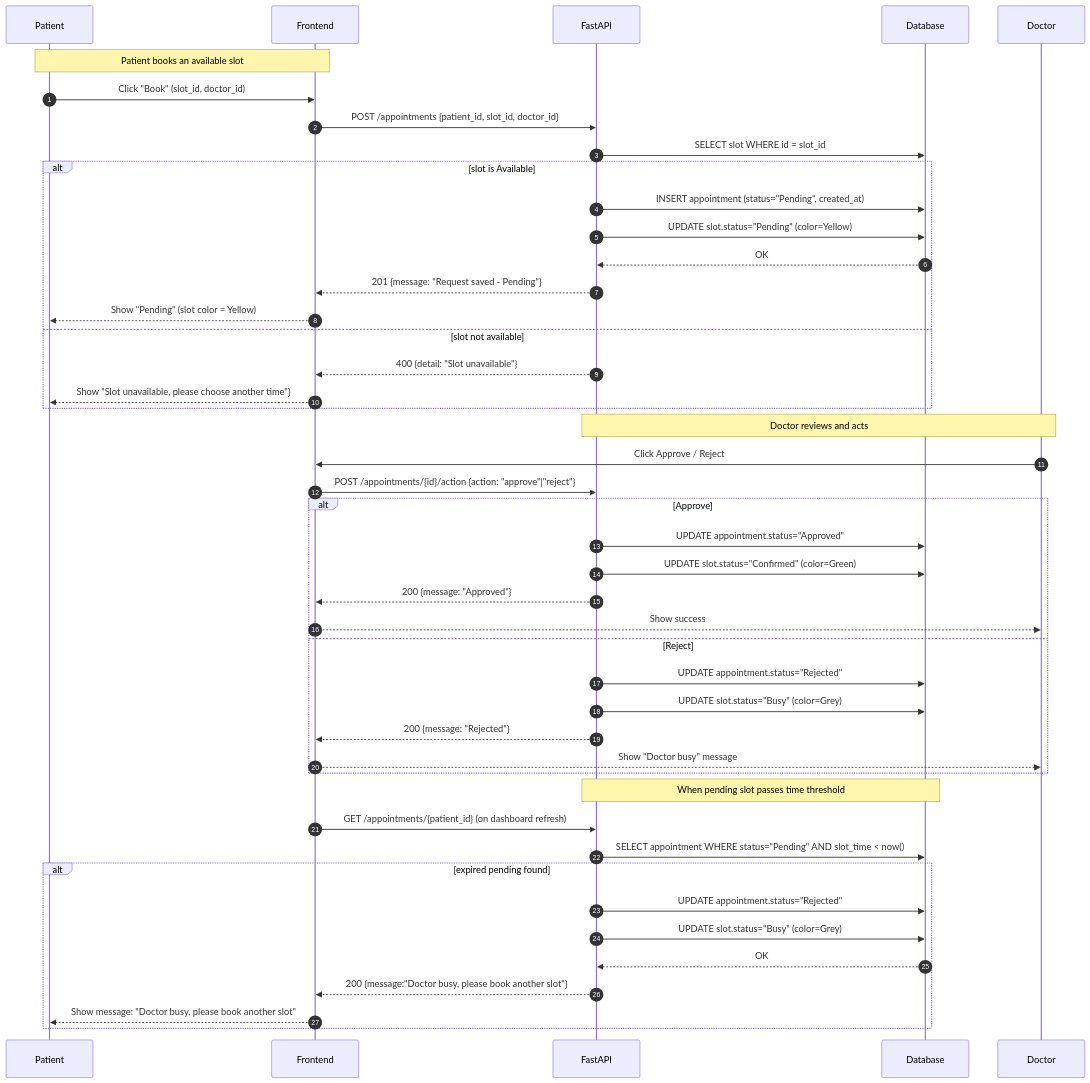
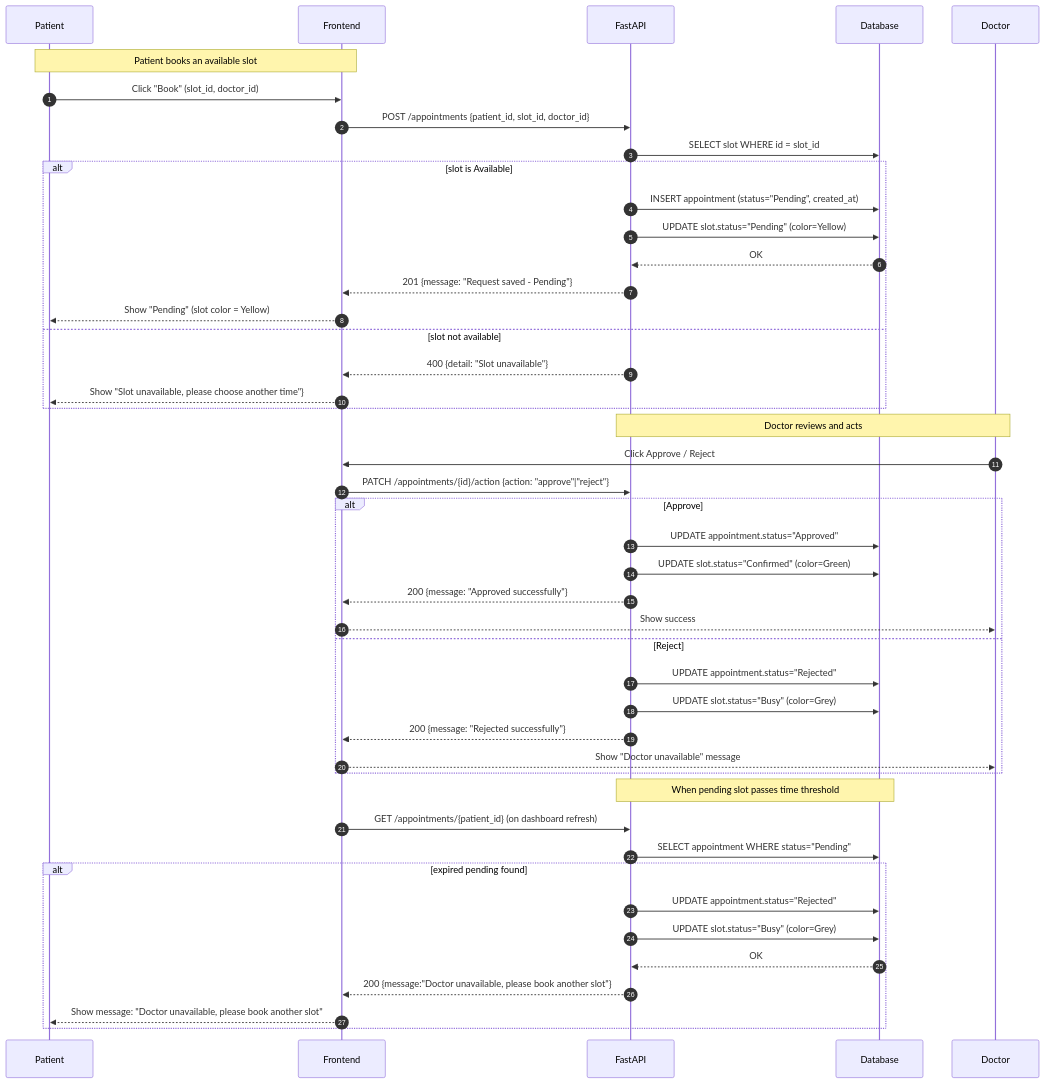
One commit to akshita-gkmit/medilink changed the diagram in docs/technical/appointment_booking.md. Above: the diagram before and after it, drawn with Mermaid. The commit also changed 6 other files, not shown here.

````diff
--- a/docs/technical/appointment_booking.md
+++ b/docs/technical/appointment_booking.md
@@ -11,51 +11,51 @@
 ```mermaid
 sequenceDiagram
   autonumber
   participant Patient as Patient
   participant UI as Frontend
   participant Backend as FastAPI
   participant DB as Database
   participant Doctor as Doctor
 
   Note over Patient,UI: Patient books an available slot
   Patient->>UI: Click "Book" (slot_id, doctor_id)
   UI->>Backend: POST /appointments {patient_id, slot_id, doctor_id}
   Backend->>DB: SELECT slot WHERE id = slot_id
   alt slot is Available
     Backend->>DB: INSERT appointment (status="Pending", created_at)
     Backend->>DB: UPDATE slot.status="Pending" (color=Yellow)
     DB-->>Backend: OK
     Backend-->>UI: 201 {message: "Request saved - Pending"}
     UI-->>Patient: Show "Pending" (slot color = Yellow)
   else slot not available
     Backend-->>UI: 400 {detail: "Slot unavailable"}
     UI-->>Patient: Show "Slot unavailable, please choose another time"}
   end
 
   Note over Doctor,Backend: Doctor reviews and acts
   Doctor->>UI: Click Approve / Reject
-  UI->>Backend: POST /appointments/{id}/action {action: "approve"|"reject"}
+  UI->>Backend: PATCH /appointments/{id}/action {action: "approve"|"reject"}
   alt Approve
     Backend->>DB: UPDATE appointment.status="Approved"
     Backend->>DB: UPDATE slot.status="Confirmed" (color=Green)
-    Backend-->>UI: 200 {message: "Approved"}
+    Backend-->>UI: 200 {message: "Approved successfully"}
     UI-->>Doctor: Show success
   else Reject
     Backend->>DB: UPDATE appointment.status="Rejected"
     Backend->>DB: UPDATE slot.status="Busy" (color=Grey)
-    Backend-->>UI: 200 {message: "Rejected"}
-    UI-->>Doctor: Show "Doctor busy" message
+    Backend-->>UI: 200 {message: "Rejected successfully"}
+    UI-->>Doctor: Show "Doctor unavailable" message
   end
 
   Note over Backend,DB: When pending slot passes time threshold
   UI->>Backend: GET /appointments/{patient_id} (on dashboard refresh)
-  Backend->>DB: SELECT appointment WHERE status="Pending" AND slot_time < now()
+  Backend->>DB: SELECT appointment WHERE status="Pending"
   alt expired pending found
     Backend->>DB: UPDATE appointment.status="Rejected"
     Backend->>DB: UPDATE slot.status="Busy" (color=Grey)
     DB-->>Backend: OK
-    Backend-->>UI: 200 {message:"Doctor busy, please book another slot"}
-    UI-->>Patient: Show message: "Doctor busy, please book another slot"
+    Backend-->>UI: 200 {message:"Doctor unavailable, please book another slot"}
+    UI-->>Patient: Show message: "Doctor unavailable, please book another slot"
 
   end
 ```
````
